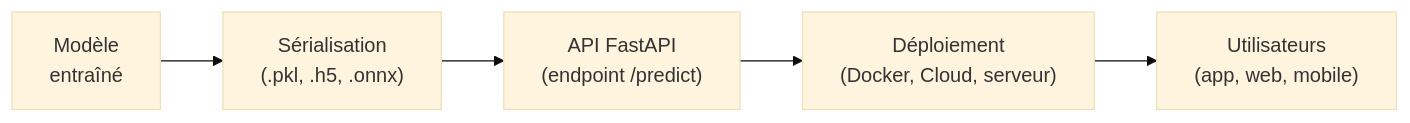
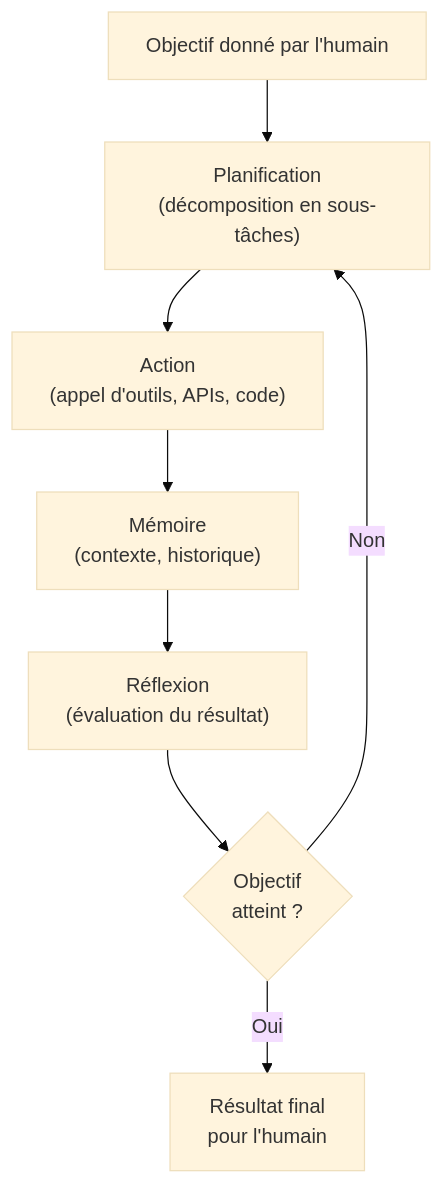
One commit to MaxterJim/processus-et-ecosystemes-ia changed the seventh of 7 diagrams in 02-Cycle-de-vie-projet-IA.md. Above: the diagram before and after it, drawn with Mermaid (base theme). The commit also changed other lines of this file, not shown here.

````diff
--- a/02-Cycle-de-vie-projet-IA.md
+++ b/02-Cycle-de-vie-projet-IA.md
@@ -1496,7 +465,10 @@
 ```mermaid
-flowchart LR
-    M["Modèle\nentraîné"] --> S["Sérialisation\n(.pkl, .h5, .onnx)"]
-    S --> A["API FastAPI\n(endpoint /predict)"]
-    A --> D["Déploiement\n(Docker, Cloud, serveur)"]
-    D --> U["Utilisateurs\n(app, web, mobile)"]
+flowchart TD
+    O["Objectif donné par l'humain"] --> P["Planification\n(décomposition en sous-tâches)"]
+    P --> A["Action\n(appel d'outils, APIs, code)"]
+    A --> M["Mémoire\n(contexte, historique)"]
+    M --> R["Réflexion\n(évaluation du résultat)"]
+    R --> D{Objectif\natteint ?}
+    D -- Non --> P
+    D -- Oui --> F["Résultat final\npour l'humain"]
 ```
````
